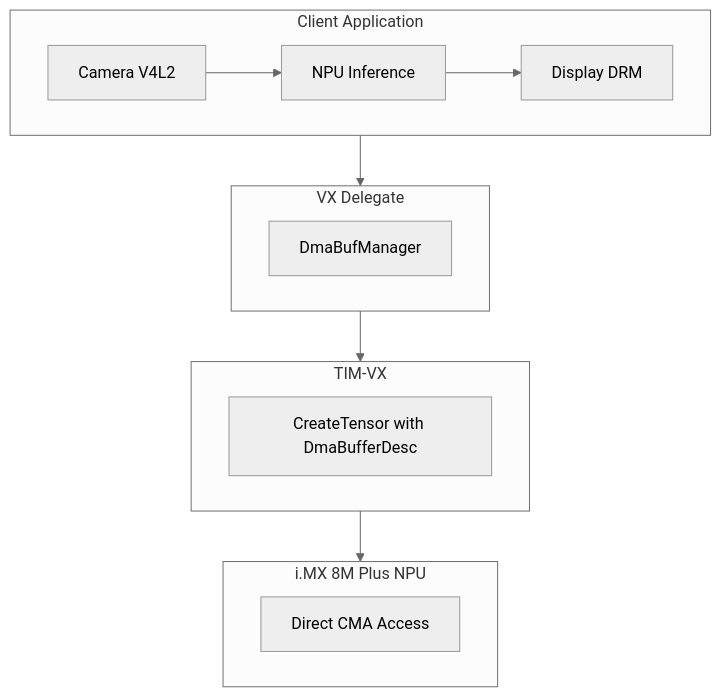
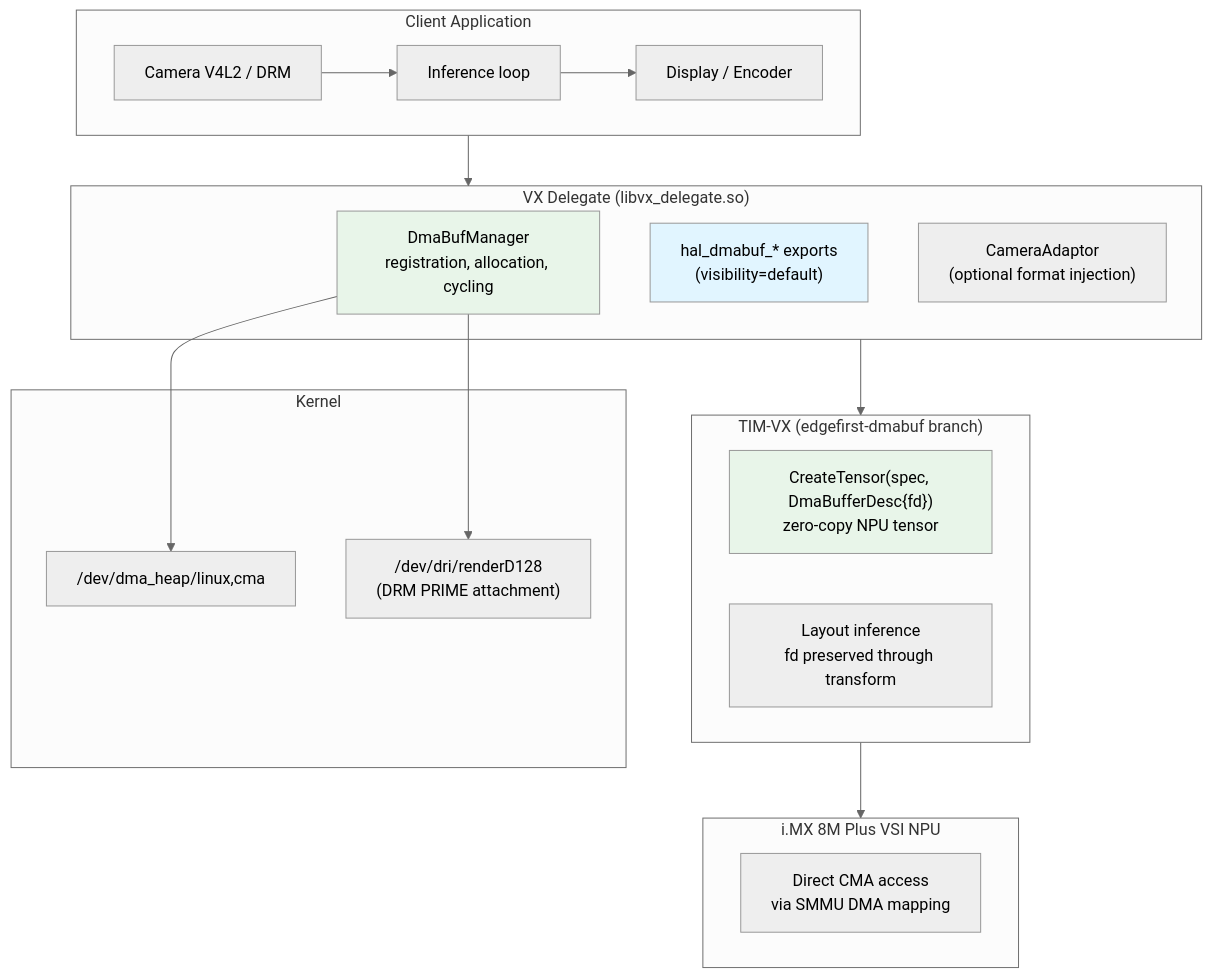
The first of 6 diagrams in DMABUF.md (EdgeFirstAI/tflite-vx-delegate-imx), drawn with Mermaid (neutral theme) before and after one commit. The commit also changed other lines of this file, not shown here.

Commit message:
DMABUF.md: fix Mermaid node labels — replace \n with <br/>

````diff
--- a/DMABUF.md
+++ b/DMABUF.md
@@ -98,26 +50,39 @@
 ```mermaid
-flowchart TB
-    subgraph APP[Client Application]
-        direction LR
-        CAM[Camera V4L2]
-        INF[NPU Inference]
-        DISP[Display DRM]
-        CAM --> INF --> DISP
+graph TB
+    subgraph APP["Client Application"]
+        V4L2["Camera V4L2 / DRM"]
+        INF["Inference loop"]
+        DISP["Display / Encoder"]
+        V4L2 --> INF --> DISP
     end
 
-    subgraph DEL[VX Delegate]
-        DMABUF[DmaBufManager]
+    subgraph DEL["VX Delegate (libvx_delegate.so)"]
+        MGR["DmaBufManager<br/>registration, allocation, cycling"]
+        HAL["hal_dmabuf_* exports<br/>(visibility=default)"]
+        CAM["CameraAdaptor<br/>(optional format injection)"]
     end
 
-    subgraph TIM[TIM-VX]
-        TENSOR[CreateTensor with DmaBufferDesc]
+    subgraph TIM["TIM-VX (edgefirst-dmabuf branch)"]
+        CT["CreateTensor(spec, DmaBufferDesc{fd})<br/>zero-copy NPU tensor"]
+        LI["Layout inference<br/>fd preserved through transform"]
     end
 
-    subgraph HW[i.MX 8M Plus NPU]
-        CMA[Direct CMA Access]
+    subgraph HW["i.MX 8M Plus VSI NPU"]
+        CMA["Direct CMA access<br/>via SMMU DMA mapping"]
+    end
+
+    subgraph KRN["Kernel"]
+        HEAP["/dev/dma_heap/linux,cma"]
+        DRM["/dev/dri/renderD128<br/>(DRM PRIME attachment)"]
     end
 
     APP --> DEL
     DEL --> TIM
     TIM --> HW
+    MGR --> HEAP
+    MGR --> DRM
+
+    style HAL fill:#e1f5ff
+    style MGR fill:#e8f5e9
+    style CT fill:#e8f5e9
 ```
````
